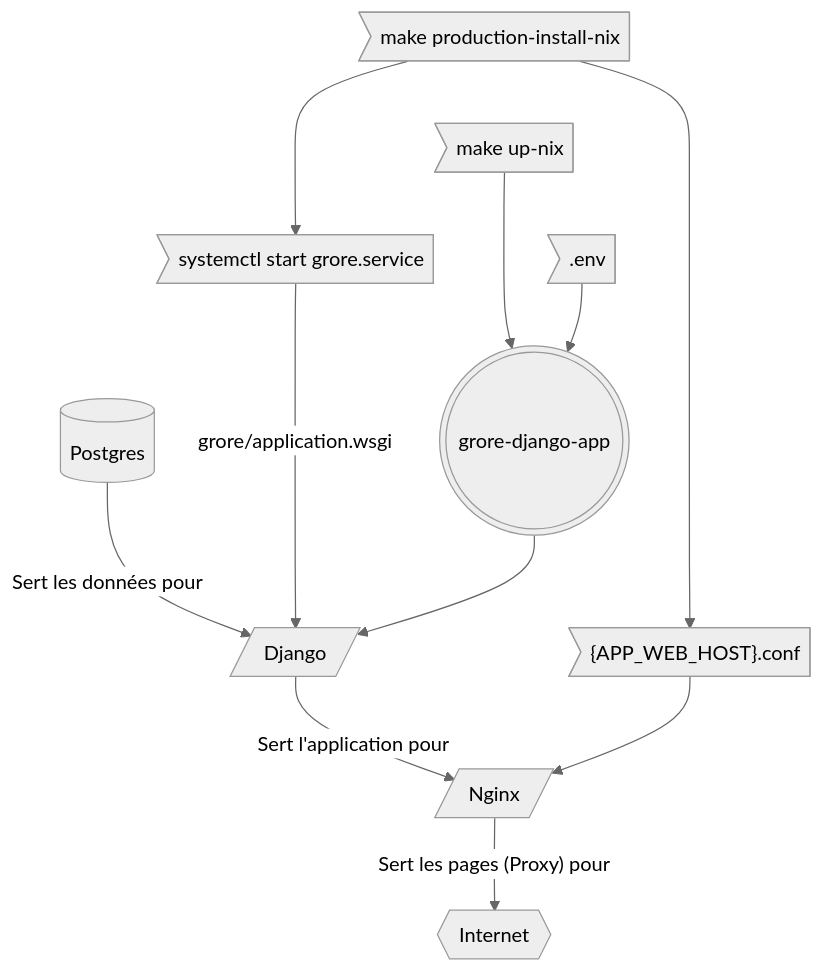
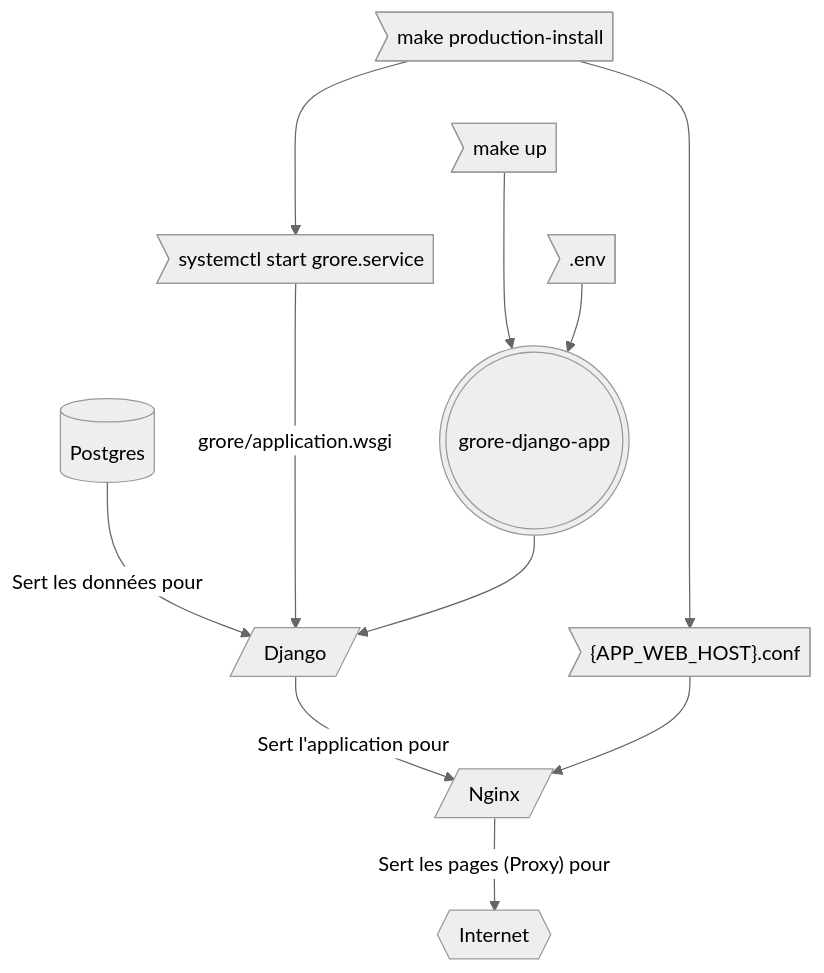
One commit to SViarbitskaya/grore-django-app changed the diagram in doc/architecture.md. Above: the diagram before and after it, drawn with Mermaid (neutral theme). The commit also changed 17 other files, not shown here.

````diff
--- a/doc/architecture.md
+++ b/doc/architecture.md
@@ -5,21 +5,21 @@
 ```mermaid
 graph TB
 
 Django[/Django/]
 Nginx[/Nginx/]
 Postgres[(Postgres)]
-make-production-install>make production-install-nix]
-make-up>make up-nix]
+make-production-install>make production-install]
+make-up>make up]
 GroreNginxConf>"{APP_WEB_HOST}.conf"]
 grore.service>systemctl start grore.service]
 internet{{Internet}}
 .env>.env]
 grore-django-app(((grore-django-app)))
 
 Postgres -- "Sert les données pour" --> Django -- "Sert l'application pour" --> Nginx -- "Sert les pages (Proxy) pour" --> internet
 grore.service -- "grore/application.wsgi" ---> Django
 make-production-install ---> grore.service
 make-production-install ---> GroreNginxConf --> Nginx
 make-up ---> grore-django-app --> Django
 .env --> grore-django-app
 ```
````
